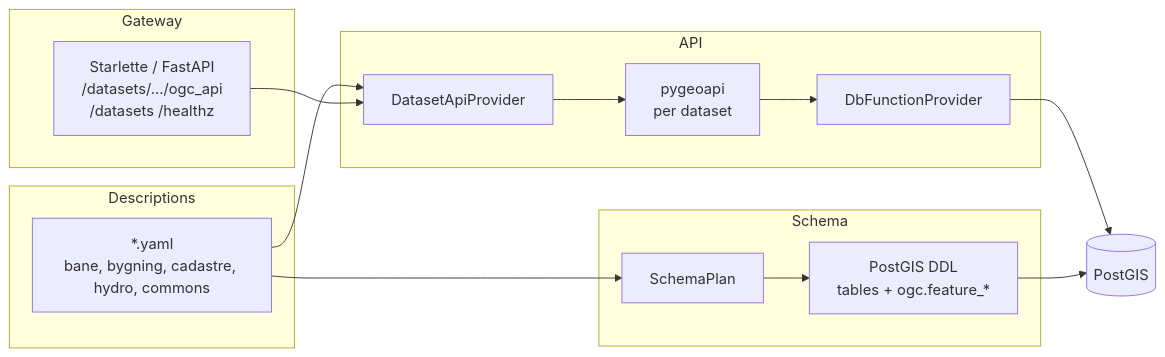
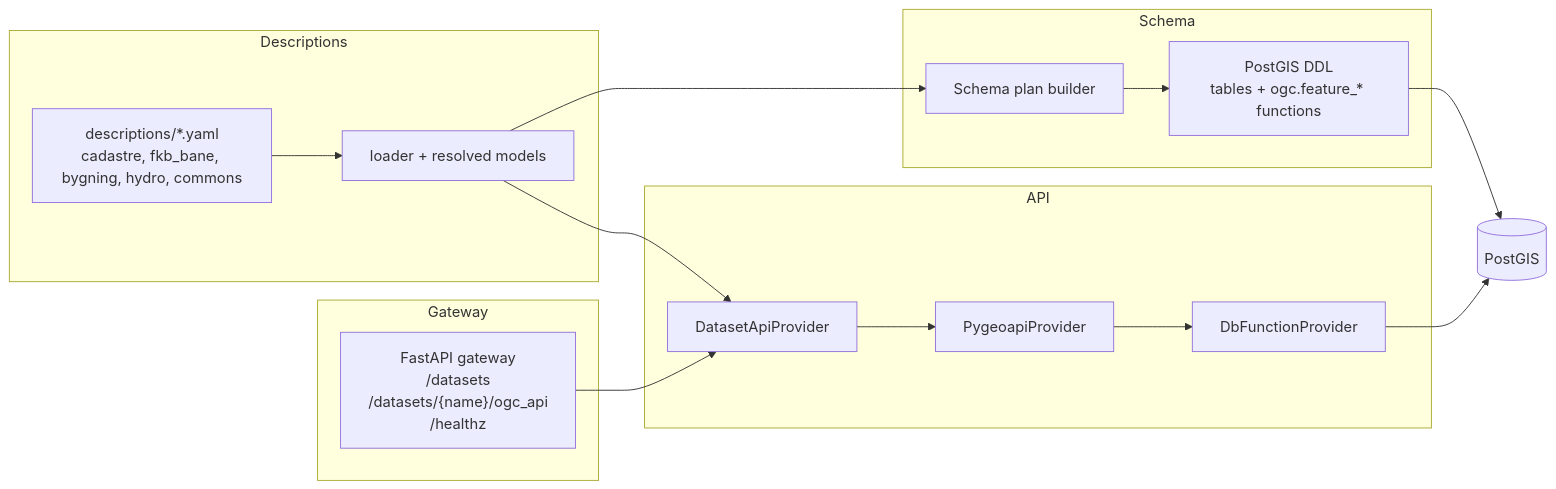
One commit to kartverket/topografisk-gdb-api changed the third of 8 diagrams in docs/ARCHITECTURE.md. Above: the diagram before and after it, drawn with Mermaid. The commit also changed other lines of this file and 38 other files, not shown here.

First line of the commit message:
import tilpasset endelig fkb-bane, visning tilpasset samme data (#61)

````diff
--- a/docs/ARCHITECTURE.md
+++ b/docs/ARCHITECTURE.md
@@ -67,27 +81,28 @@
 ```mermaid
 flowchart LR
   subgraph Descriptions
-    YAML["*.yaml<br/>bane, bygning, cadastre, hydro, commons"]
+    YAML["descriptions/*.yaml<br/>cadastre, fkb_bane, bygning, hydro, commons"]
+    LOAD["loader + resolved models"]
   end
 
   subgraph Schema
-    PLAN["SchemaPlan"]
-    DDL["PostGIS DDL<br/>tables + ogc.feature_*"]
+    PLAN["Schema plan builder"]
+    DDL["PostGIS DDL<br/>tables + ogc.feature_* functions"]
   end
 
   subgraph API
     DAP["DatasetApiProvider"]
-    PYG["pygeoapi<br/>per dataset"]
+    PYG["PygeoapiProvider"]
     DBF["DbFunctionProvider"]
   end
 
   subgraph Gateway
-    GW["Starlette / FastAPI<br/>/datasets/.../ogc_api<br/>/datasets /healthz"]
+    GW["FastAPI gateway<br/>/datasets<br/>/datasets/{name}/ogc_api<br/>/healthz"]
   end
 
-  YAML --> PLAN --> DDL
-  YAML --> DAP --> PYG --> DBF
+  YAML --> LOAD --> PLAN --> DDL
+  LOAD --> DAP --> PYG --> DBF
   GW --> DAP
-  DBF --> PG[("PostGIS")]
-  DDL --> PG
+  DDL --> PG[("PostGIS")]
+  DBF --> PG
 ```
````
